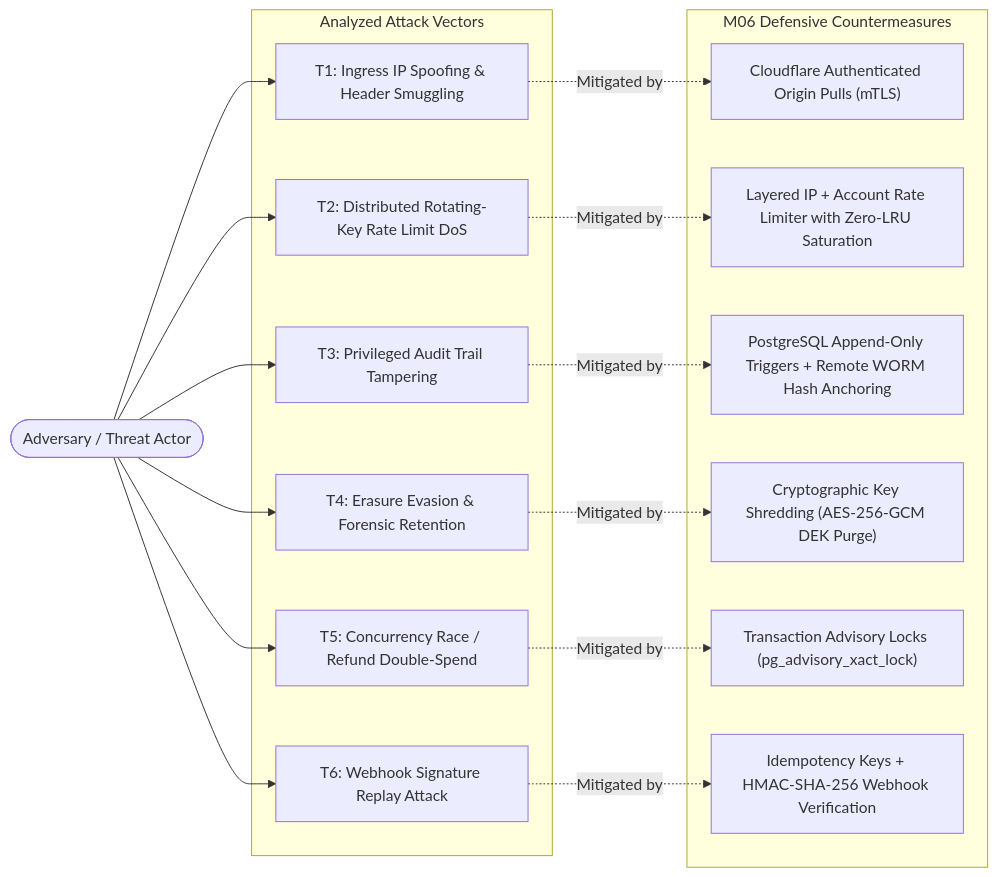
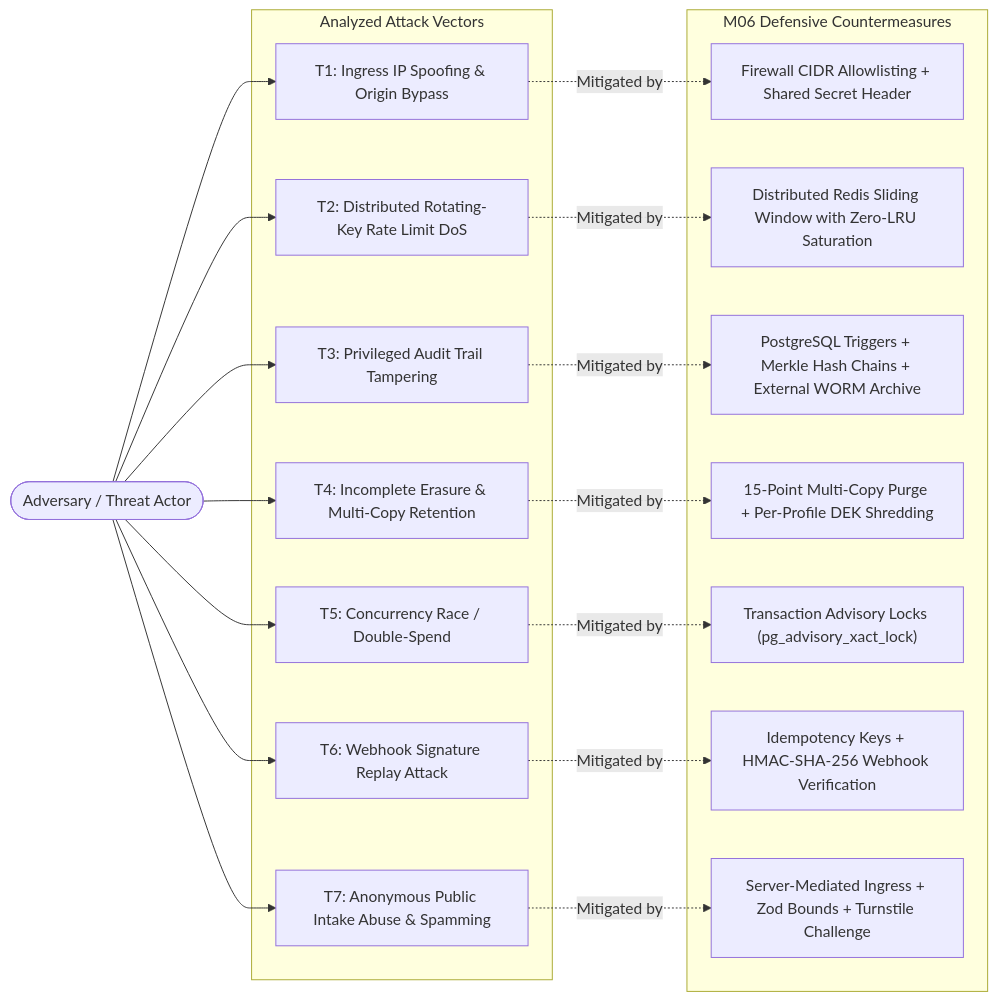
One commit to Sunder-Chauhan/Ishti-OS changed the first of 3 diagrams in docs/M06_SECURITY_AND_FAILURE_MODE_PLAN.md. Above: the diagram before and after it, drawn with Mermaid. The commit also changed other lines of this file and 9 other files, not shown here.

Commit message:
docs(m06): revise architecture planning deliverables and author pre-implementation decision register

````diff
--- a/docs/M06_SECURITY_AND_FAILURE_MODE_PLAN.md
+++ b/docs/M06_SECURITY_AND_FAILURE_MODE_PLAN.md
@@ -13,30 +13,33 @@
 ```mermaid
 flowchart LR
     Attacker(["Adversary / Threat Actor"])
     
     subgraph Attack Vectors [Analyzed Attack Vectors]
-        T1["T1: Ingress IP Spoofing & Header Smuggling"]
+        T1["T1: Ingress IP Spoofing & Origin Bypass"]
         T2["T2: Distributed Rotating-Key Rate Limit DoS"]
         T3["T3: Privileged Audit Trail Tampering"]
-        T4["T4: Erasure Evasion & Forensic Retention"]
-        T5["T5: Concurrency Race / Refund Double-Spend"]
+        T4["T4: Incomplete Erasure & Multi-Copy Retention"]
+        T5["T5: Concurrency Race / Double-Spend"]
         T6["T6: Webhook Signature Replay Attack"]
+        T7["T7: Anonymous Public Intake Abuse & Spamming"]
     end
 
     subgraph Defense In Depth [M06 Defensive Countermeasures]
-        D1["Cloudflare Authenticated Origin Pulls (mTLS)"]
-        D2["Layered IP + Account Rate Limiter with Zero-LRU Saturation"]
-        D3["PostgreSQL Append-Only Triggers + Remote WORM Hash Anchoring"]
-        D4["Cryptographic Key Shredding (AES-256-GCM DEK Purge)"]
+        D1["Firewall CIDR Allowlisting + Shared Secret Header"]
+        D2["Distributed Redis Sliding Window with Zero-LRU Saturation"]
+        D3["PostgreSQL Triggers + Merkle Hash Chains + External WORM Archive"]
+        D4["15-Point Multi-Copy Purge + Per-Profile DEK Shredding"]
         D5["Transaction Advisory Locks (pg_advisory_xact_lock)"]
         D6["Idempotency Keys + HMAC-SHA-256 Webhook Verification"]
+        D7["Server-Mediated Ingress + Zod Bounds + Turnstile Challenge"]
     end
 
-    Attacker --> T1 & T2 & T3 & T4 & T5 & T6
+    Attacker --> T1 & T2 & T3 & T4 & T5 & T6 & T7
     T1 -.->|Mitigated by| D1
     T2 -.->|Mitigated by| D2
     T3 -.->|Mitigated by| D3
     T4 -.->|Mitigated by| D4
     T5 -.->|Mitigated by| D5
     T6 -.->|Mitigated by| D6
+    T7 -.->|Mitigated by| D7
 ```
````
